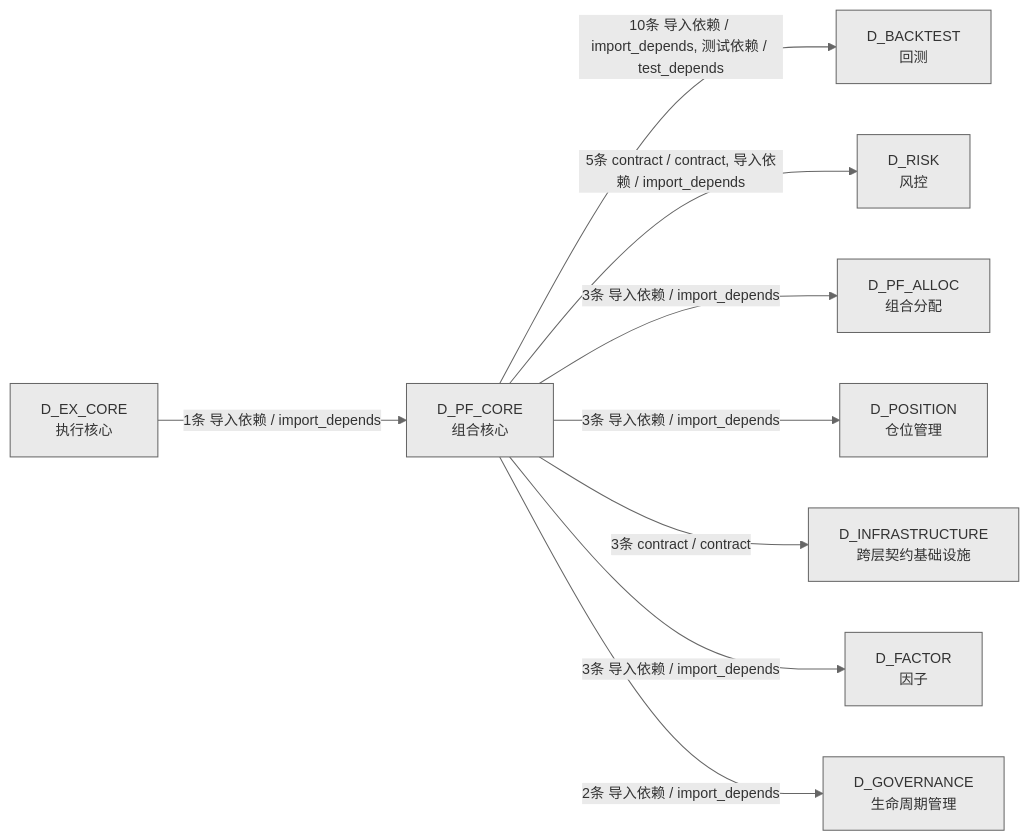
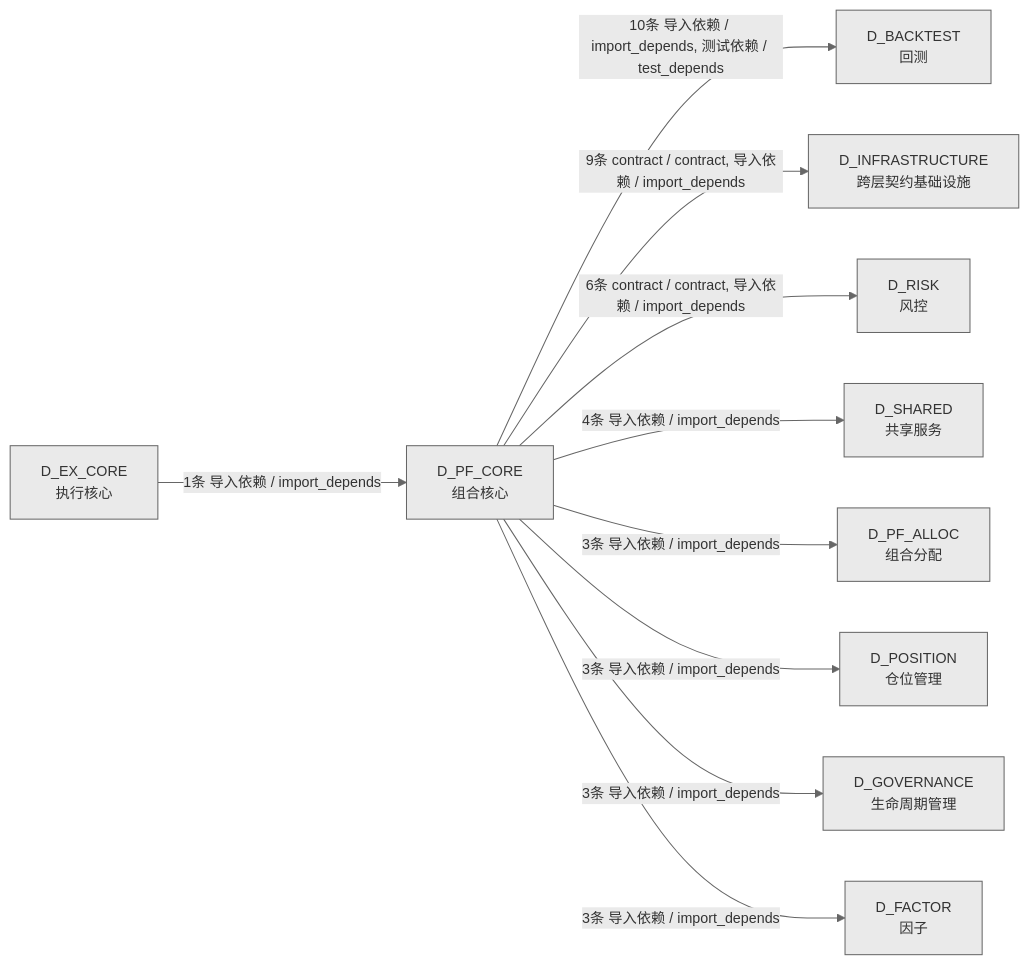
Before and after one commit to xuanFelixVan/ZephyrAlpha: the fourth of 4 diagrams in docs/02_enterprise_architecture/02_domain_architecture_docs/63_d_pf_core.md, drawn with Mermaid. The commit also changed other lines of this file and 44 other files, not shown here.

````diff
--- a/docs/02_enterprise_architecture/02_domain_architecture_docs/63_d_pf_core.md
+++ b/docs/02_enterprise_architecture/02_domain_architecture_docs/63_d_pf_core.md
@@ -253,21 +269,23 @@
 ```mermaid
 %%{init: {'theme': 'base', 'themeVariables': {'primaryColor': '#eaeaea', 'primaryTextColor': '#333333', 'primaryBorderColor': '#666666', 'lineColor': '#666666', 'secondaryColor': '#eaeaea', 'tertiaryColor': '#eaeaea', 'fontSize': '14px'}}}%%
 graph LR
     D_PF_CORE["D_PF_CORE<br/>组合核心"]
     D_BACKTEST["D_BACKTEST<br/>回测"]
+    D_INFRASTRUCTURE["D_INFRASTRUCTURE<br/>跨层契约基础设施"]
     D_RISK["D_RISK<br/>风控"]
+    D_SHARED["D_SHARED<br/>共享服务"]
     D_PF_ALLOC["D_PF_ALLOC<br/>组合分配"]
     D_POSITION["D_POSITION<br/>仓位管理"]
-    D_INFRASTRUCTURE["D_INFRASTRUCTURE<br/>跨层契约基础设施"]
+    D_GOVERNANCE["D_GOVERNANCE<br/>生命周期管理"]
     D_FACTOR["D_FACTOR<br/>因子"]
-    D_GOVERNANCE["D_GOVERNANCE<br/>生命周期管理"]
     D_EX_CORE["D_EX_CORE<br/>执行核心"]
     D_PF_CORE -->|10条 导入依赖 / import_depends, 测试依赖 / test_depends| D_BACKTEST
-    D_PF_CORE -->|5条 contract / contract, 导入依赖 / import_depends| D_RISK
+    D_PF_CORE -->|9条 contract / contract, 导入依赖 / import_depends| D_INFRASTRUCTURE
+    D_PF_CORE -->|6条 contract / contract, 导入依赖 / import_depends| D_RISK
+    D_PF_CORE -->|4条 导入依赖 / import_depends| D_SHARED
     D_PF_CORE -->|3条 导入依赖 / import_depends| D_PF_ALLOC
     D_PF_CORE -->|3条 导入依赖 / import_depends| D_POSITION
-    D_PF_CORE -->|3条 contract / contract| D_INFRASTRUCTURE
+    D_PF_CORE -->|3条 导入依赖 / import_depends| D_GOVERNANCE
     D_PF_CORE -->|3条 导入依赖 / import_depends| D_FACTOR
-    D_PF_CORE -->|2条 导入依赖 / import_depends| D_GOVERNANCE
     D_EX_CORE -->|1条 导入依赖 / import_depends| D_PF_CORE
 ```
````
